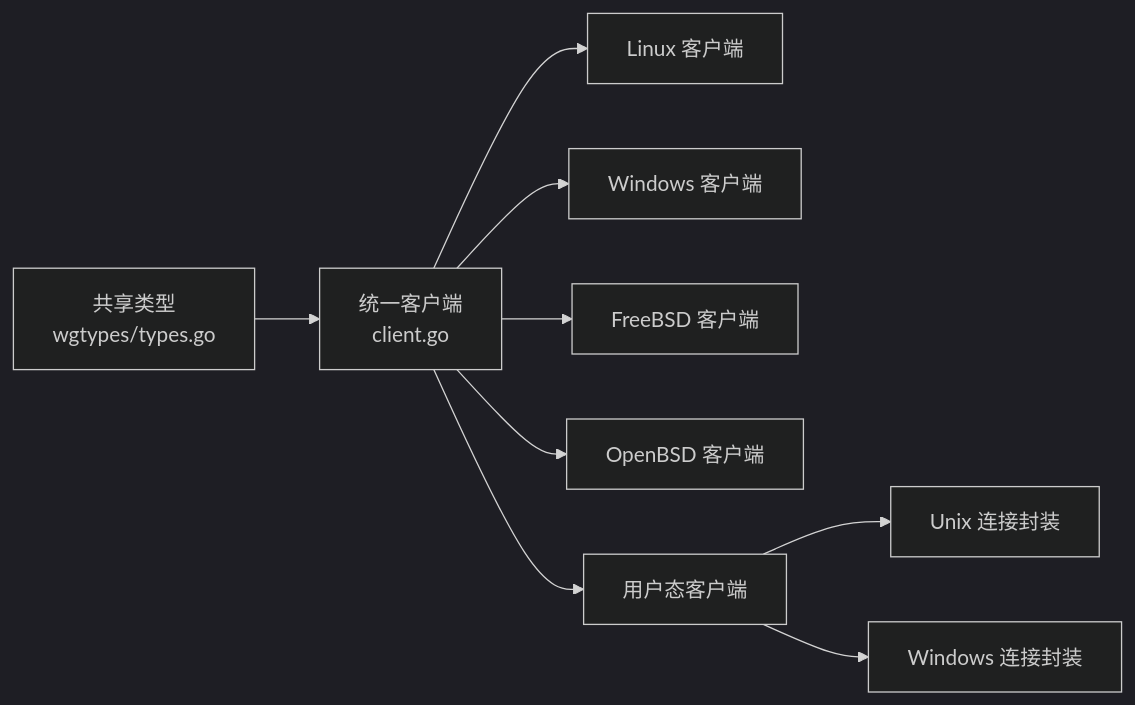
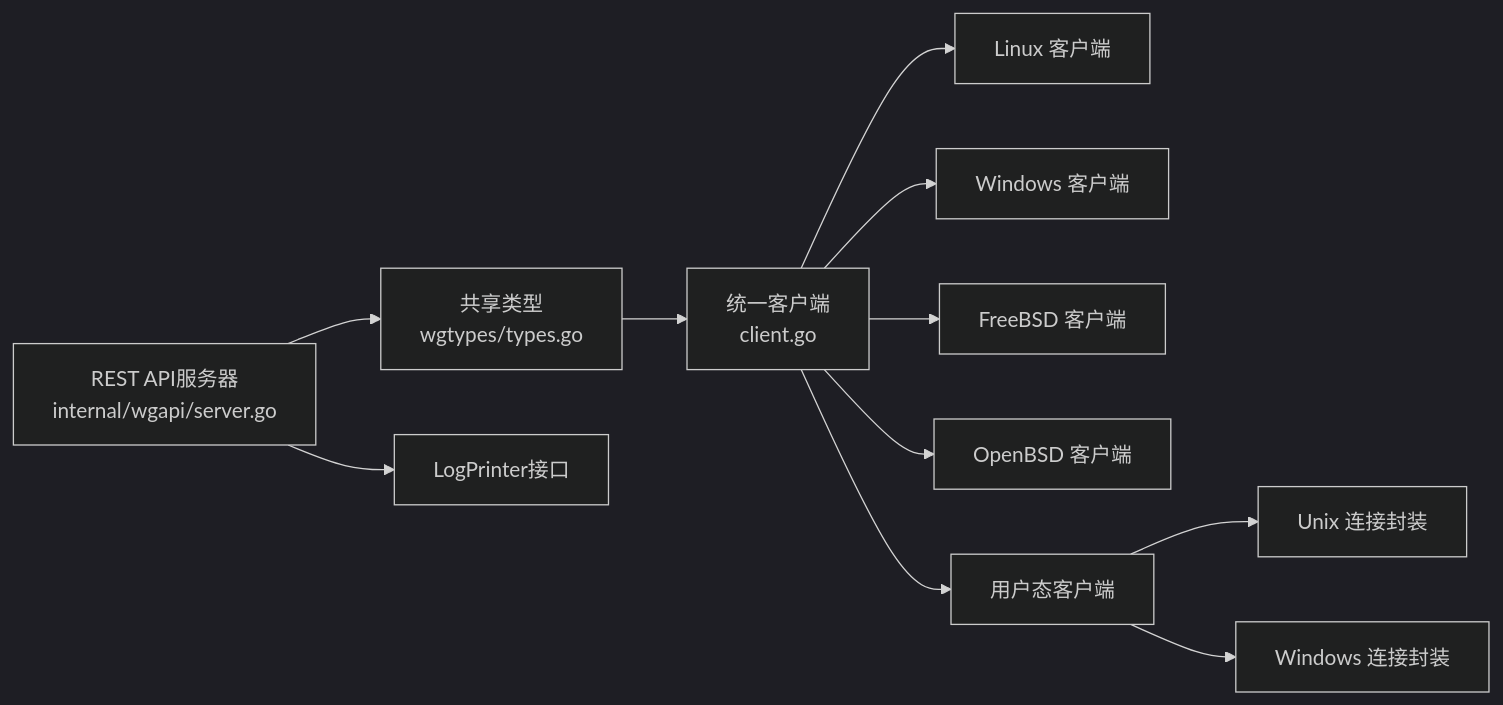
Before and after one commit to tea4go/wgctrl-go: the fourth of 4 diagrams in .qoder/repowiki/zh/content/高级功能/监控和日志.md, drawn with Mermaid (dark theme). The commit also changed other lines of this file and 11 other files, not shown here.

````diff
--- a/.qoder/repowiki/zh/content/高级功能/监控和日志.md
+++ b/.qoder/repowiki/zh/content/高级功能/监控和日志.md
@@ -279,11 +330,13 @@
 ```mermaid
 graph LR
 Types["共享类型<br/>wgtypes/types.go"] --> Client["统一客户端<br/>client.go"]
 Client --> LNX["Linux 客户端"]
 Client --> WIN["Windows 客户端"]
 Client --> BSD["FreeBSD 客户端"]
 Client --> OBSD["OpenBSD 客户端"]
 Client --> UClient["用户态客户端"]
 UClient --> UConnUnix["Unix 连接封装"]
 UClient --> UConnWin["Windows 连接封装"]
+Server["REST API服务器<br/>internal/wgapi/server.go"] --> LogPrinter["LogPrinter接口"]
+Server --> Types
 ```
````
